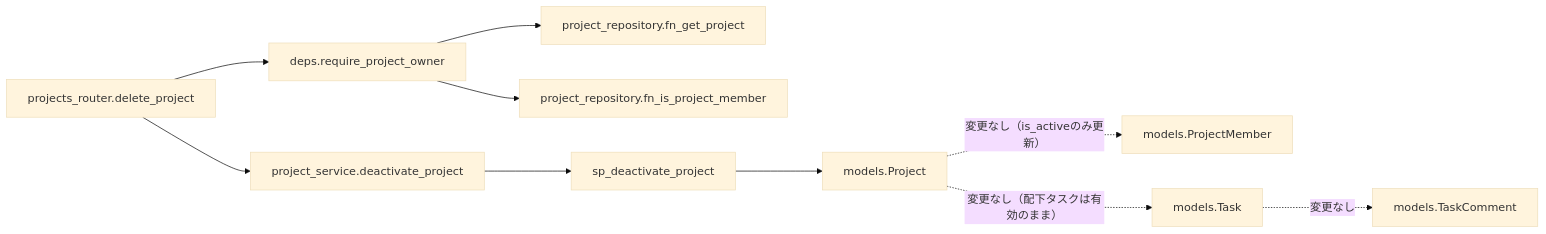
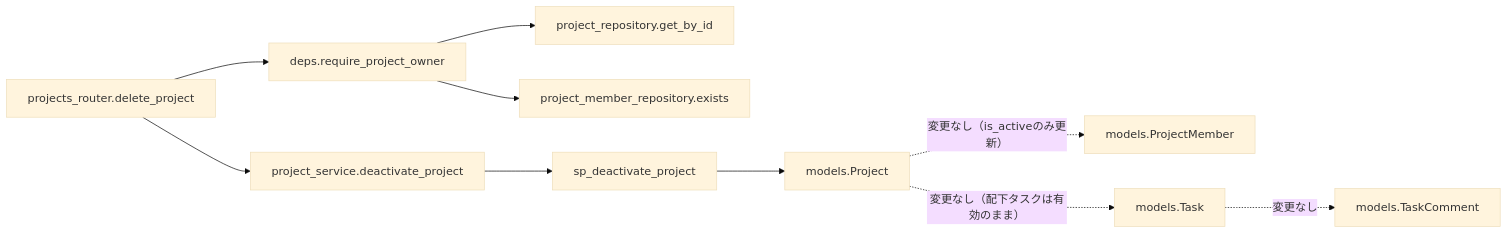
Before and after one commit to oikawa-d/task_management: the third of 4 diagrams in docs/detailed_design/api/projects/05_delete_project.md, drawn with Mermaid (base theme). The commit also changed other lines of this file and 8 other files, not shown here.

````diff
--- a/docs/detailed_design/api/projects/05_delete_project.md
+++ b/docs/detailed_design/api/projects/05_delete_project.md
@@ -147,12 +155,12 @@
 ```mermaid
 flowchart LR
     R["projects_router.delete_project"] --> D["deps.require_project_owner"]
-    D --> RP1["project_repository.fn_get_project"]
-    D --> RP2["project_repository.fn_is_project_member"]
+    D --> RP1["project_repository.get_by_id"]
+    D --> RP2["project_member_repository.exists"]
     R --> S["project_service.deactivate_project"]
     S --> RP3["sp_deactivate_project"]
     RP3 --> M1["models.Project"]
     M1 -.->|"変更なし（is_activeのみ更新）"| M2["models.ProjectMember"]
     M1 -.->|"変更なし（配下タスクは有効のまま）"| M3["models.Task"]
     M3 -.->|"変更なし"| M4["models.TaskComment"]
 ```
````
